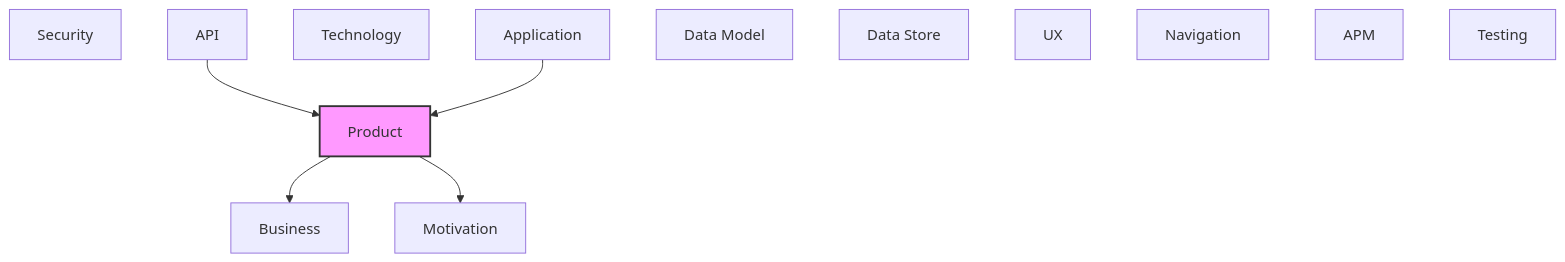
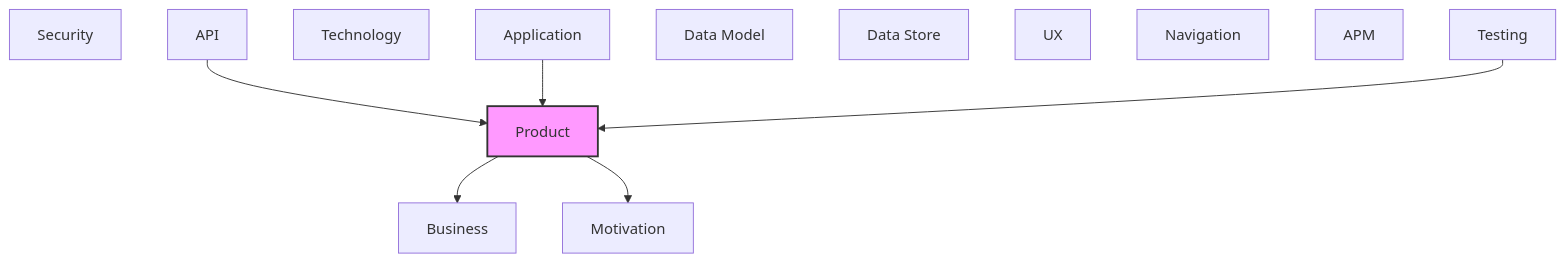
Before and after one commit to tinkermonkey/reference-api-buddy: the second of 2 diagrams in documentation-robotics/reports/03-product-layer-report.md, drawn with Mermaid. The commit also changed other lines of this file and 20 other files, not shown here.

````diff
--- a/documentation-robotics/reports/03-product-layer-report.md
+++ b/documentation-robotics/reports/03-product-layer-report.md
@@ -124,22 +124,23 @@
 ```mermaid
 flowchart TB
   classDef current fill:#f9f,stroke:#333,stroke-width:2px
   motivation["Motivation"]
   business["Business"]
   product["Product"]
   security["Security"]
   application["Application"]
   technology["Technology"]
   api["API"]
   data_model["Data Model"]
   data_store["Data Store"]
   ux["UX"]
   navigation["Navigation"]
   apm["APM"]
   testing["Testing"]
   api --> product
   application --> product
   product --> business
   product --> motivation
+  testing --> product
   class product current
 ```
````
